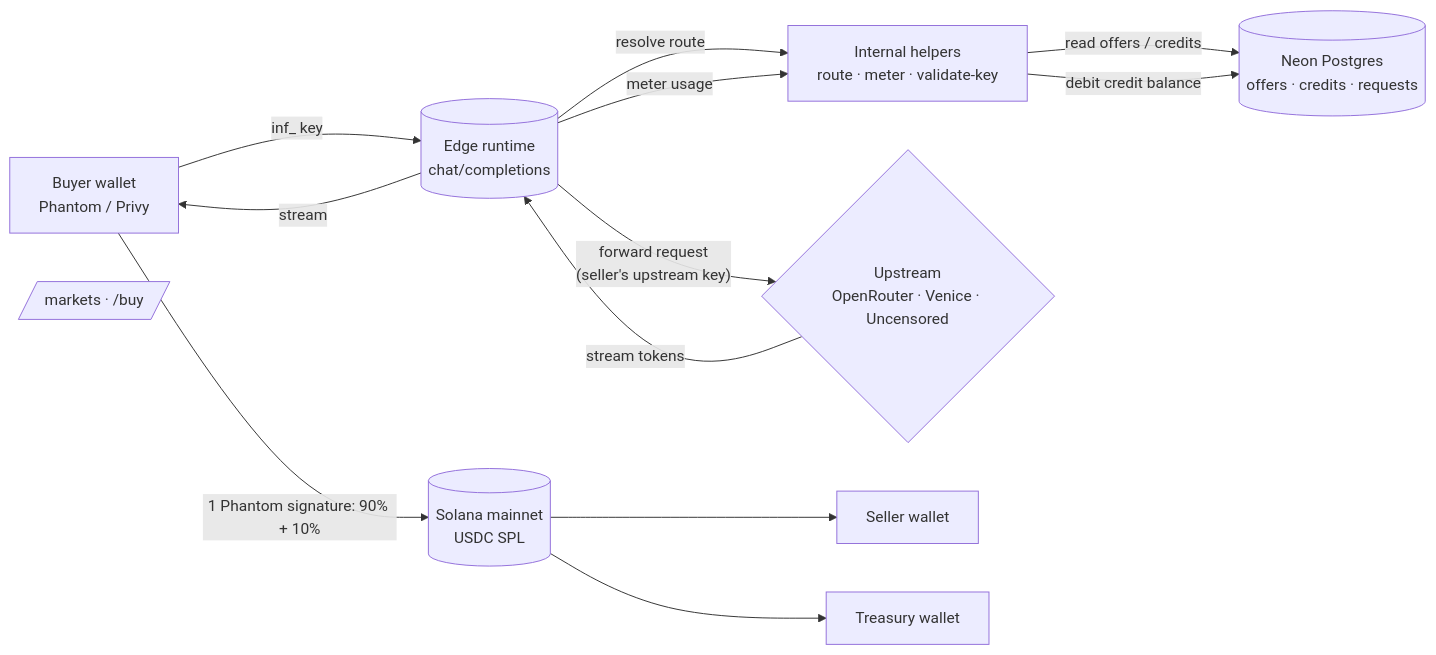
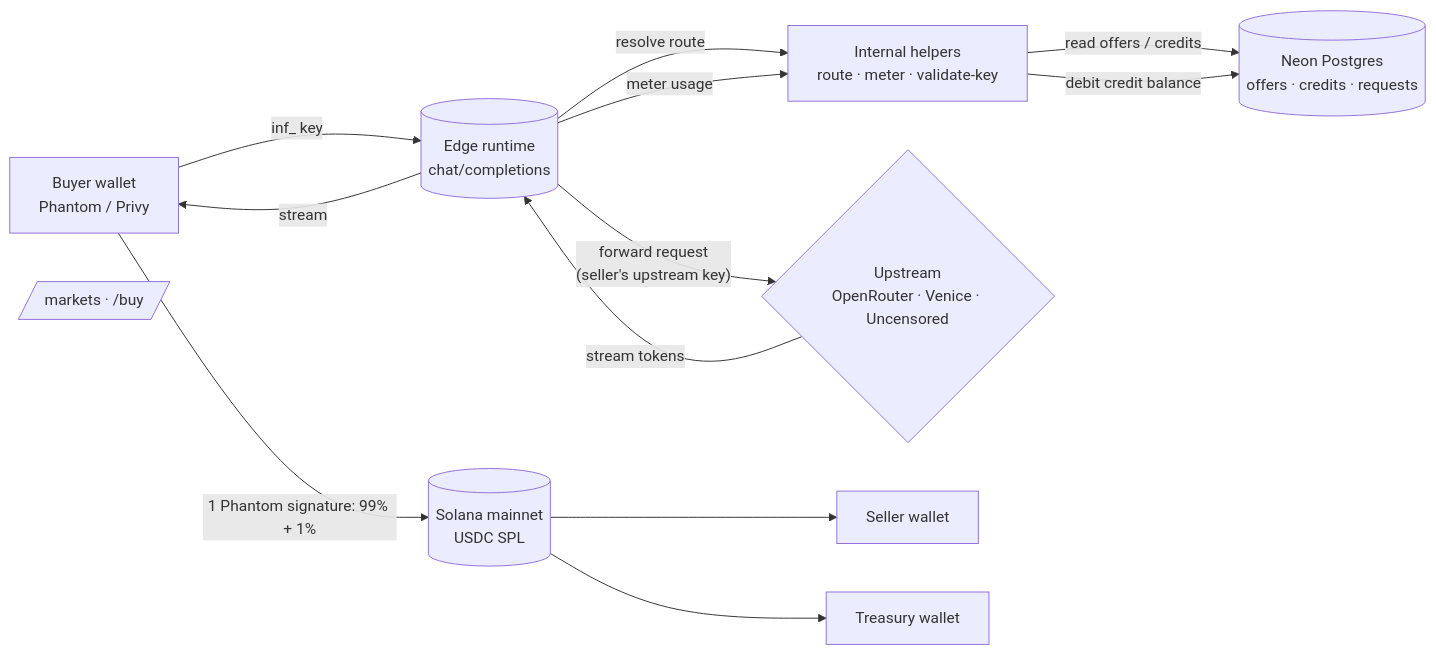
One commit to ctrlshifthash/LLM-mart changed the diagram in README.md. Above: the diagram before and after it, drawn with Mermaid. The commit also changed other lines of this file and 9 other files, not shown here.

````diff
--- a/README.md
+++ b/README.md
@@ -105,25 +105,25 @@
 ```mermaid
 flowchart LR
   Buyer[Buyer wallet<br/>Phantom / Privy]
   UI[/markets · /buy/]
   Edge[(Edge runtime<br/>chat/completions)]
   Helper[Internal helpers<br/>route · meter · validate-key]
   DB[(Neon Postgres<br/>offers · credits · requests)]
   Up{Upstream<br/>OpenRouter · Venice · Uncensored}
   Solana[(Solana mainnet<br/>USDC SPL)]
   Seller[Seller wallet]
   Treasury[Treasury wallet]
 
-  Buyer -- 1 Phantom signature: 90% + 10% --> Solana
+  Buyer -- 1 Phantom signature: 99% + 1% --> Solana
   Solana --> Seller
   Solana --> Treasury
 
   Buyer -- inf_ key --> Edge
   Edge -- resolve route --> Helper
   Helper -- read offers / credits --> DB
   Edge -- forward request<br/>(seller's upstream key) --> Up
   Up -- stream tokens --> Edge
   Edge -- stream --> Buyer
   Edge -- meter usage --> Helper
   Helper -- debit credit balance --> DB
 ```
````
